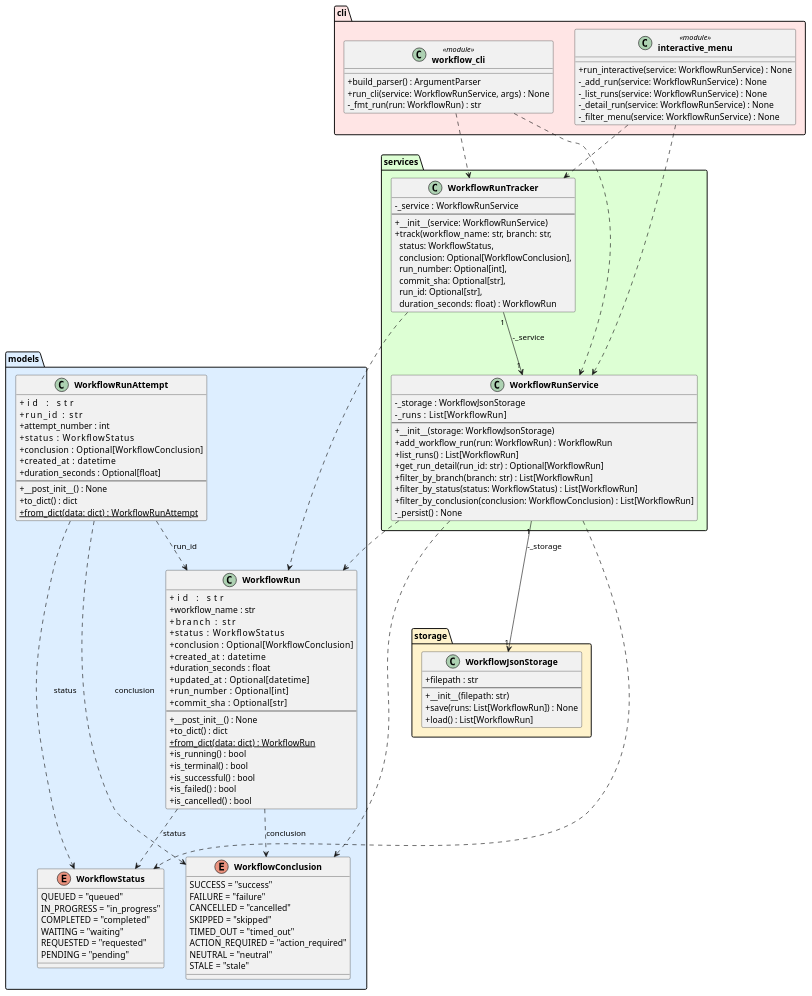
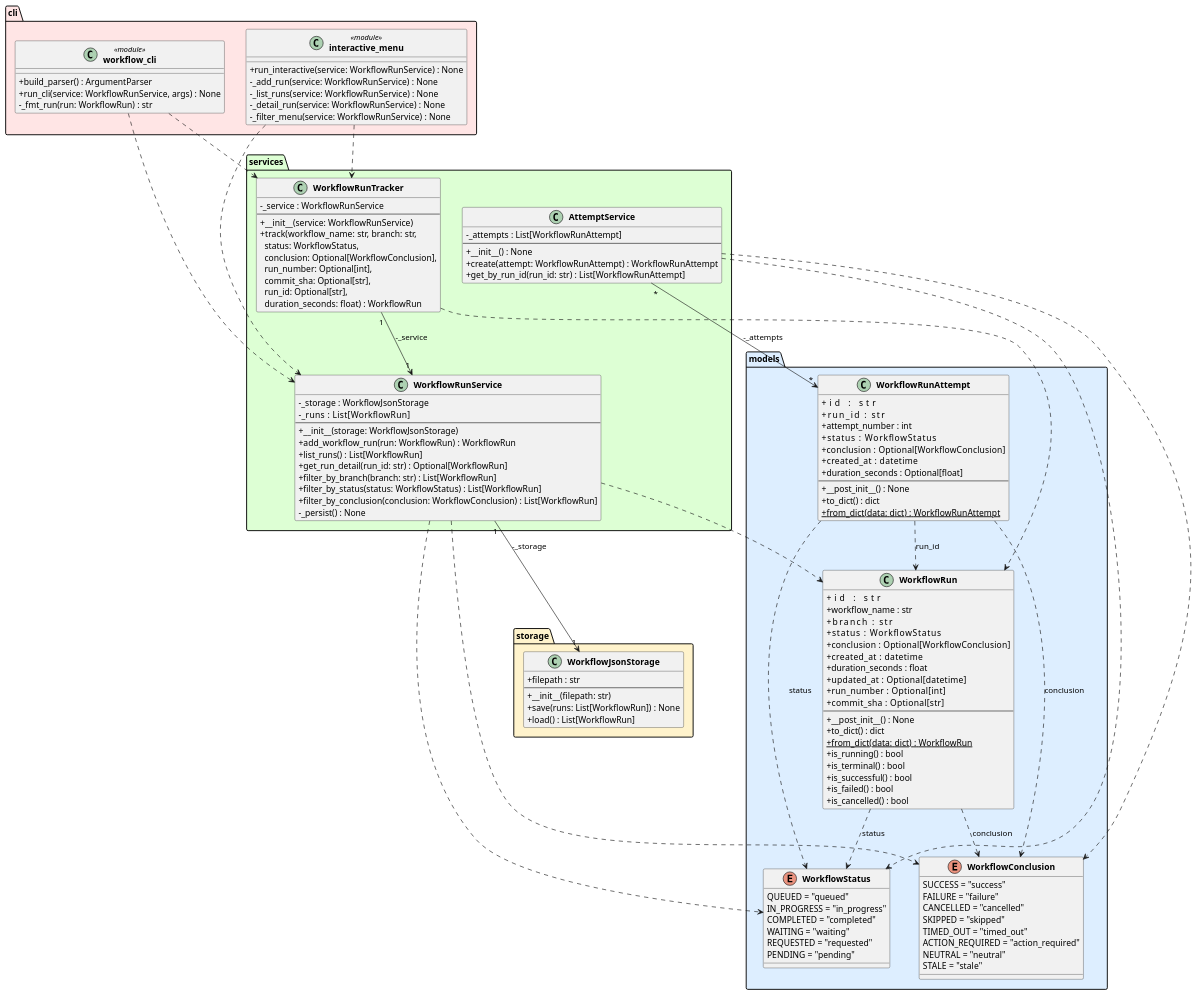
Before and after one commit to DanielRiha8906/Software_autoevolution_using_agents: the diagram in experiments/pipeline/test_driven/github-workflow-manager/artifacts/class_diagram.puml, drawn with PlantUML. The commit also changed 5 other files, not shown here.

```diff
--- a/experiments/pipeline/test_driven/github-workflow-manager/artifacts/class_diagram.puml
+++ b/experiments/pipeline/test_driven/github-workflow-manager/artifacts/class_diagram.puml
@@ -1,129 +1,140 @@
 @startuml class_diagram
 
 skinparam classAttributeIconSize 0
 skinparam classFontStyle bold
 
 package "models" #DDEEFF {
     enum WorkflowStatus {
         QUEUED = "queued"
         IN_PROGRESS = "in_progress"
         COMPLETED = "completed"
         WAITING = "waiting"
         REQUESTED = "requested"
         PENDING = "pending"
     }
 
     enum WorkflowConclusion {
         SUCCESS = "success"
         FAILURE = "failure"
         CANCELLED = "cancelled"
         SKIPPED = "skipped"
         TIMED_OUT = "timed_out"
         ACTION_REQUIRED = "action_required"
         NEUTRAL = "neutral"
         STALE = "stale"
     }
 
     class WorkflowRun {
         +id            : str
         +workflow_name : str
         +branch        : str
         +status        : WorkflowStatus
         +conclusion    : Optional[WorkflowConclusion]
         +created_at    : datetime
         +duration_seconds : float
         +updated_at    : Optional[datetime]
         +run_number    : Optional[int]
         +commit_sha    : Optional[str]
         --
         +__post_init__() : None
         +to_dict() : dict
         +{static} from_dict(data: dict) : WorkflowRun
         +is_running() : bool
         +is_terminal() : bool
         +is_successful() : bool
         +is_failed() : bool
         +is_cancelled() : bool
     }
 
     class WorkflowRunAttempt {
         +id            : str
         +run_id        : str
         +attempt_number : int
         +status        : WorkflowStatus
         +conclusion    : Optional[WorkflowConclusion]
         +created_at    : datetime
         +duration_seconds : Optional[float]
         --
         +__post_init__() : None
         +to_dict() : dict
         +{static} from_dict(data: dict) : WorkflowRunAttempt
     }
 }
 
 package "storage" #FFF3CC {
     class WorkflowJsonStorage {
         +filepath : str
         --
         +__init__(filepath: str)
         +save(runs: List[WorkflowRun]) : None
         +load() : List[WorkflowRun]
     }
 }
 
 package "services" #DDFFD4 {
     class WorkflowRunService {
         -_storage : WorkflowJsonStorage
         -_runs    : List[WorkflowRun]
         --
         +__init__(storage: WorkflowJsonStorage)
         +add_workflow_run(run: WorkflowRun) : WorkflowRun
         +list_runs() : List[WorkflowRun]
         +get_run_detail(run_id: str) : Optional[WorkflowRun]
         +filter_by_branch(branch: str) : List[WorkflowRun]
         +filter_by_status(status: WorkflowStatus) : List[WorkflowRun]
         +filter_by_conclusion(conclusion: WorkflowConclusion) : List[WorkflowRun]
         -_persist() : None
     }
 
+    class AttemptService {
+        -_attempts : List[WorkflowRunAttempt]
+        --
+        +__init__() : None
+        +create(attempt: WorkflowRunAttempt) : WorkflowRunAttempt
+        +get_by_run_id(run_id: str) : List[WorkflowRunAttempt]
+    }
+
     class WorkflowRunTracker {
         -_service : WorkflowRunService
         --
         +__init__(service: WorkflowRunService)
         +track(workflow_name: str, branch: str,\n  status: WorkflowStatus,\n  conclusion: Optional[WorkflowConclusion],\n  run_number: Optional[int],\n  commit_sha: Optional[str],\n  run_id: Optional[str],\n  duration_seconds: float) : WorkflowRun
     }
 }
 
 package "cli" #FFE5E5 {
     class "workflow_cli" <<module>> {
         +build_parser() : ArgumentParser
         +run_cli(service: WorkflowRunService, args) : None
         -_fmt_run(run: WorkflowRun) : str
     }
 
     class "interactive_menu" <<module>> {
         +run_interactive(service: WorkflowRunService) : None
         -_add_run(service: WorkflowRunService) : None
         -_list_runs(service: WorkflowRunService) : None
         -_detail_run(service: WorkflowRunService) : None
         -_filter_menu(service: WorkflowRunService) : None
     }
 }
 
 WorkflowRun                ..>  WorkflowStatus        : status
 WorkflowRun                ..>  WorkflowConclusion    : conclusion
 WorkflowRunAttempt         ..>  WorkflowRun           : run_id
 WorkflowRunAttempt         ..>  WorkflowStatus        : status
 WorkflowRunAttempt         ..>  WorkflowConclusion    : conclusion
 WorkflowRunService    "1" --> "1" WorkflowJsonStorage : -_storage
 WorkflowRunService         ..>  WorkflowRun
 WorkflowRunService         ..>  WorkflowStatus
 WorkflowRunService         ..>  WorkflowConclusion
+AttemptService       "*" --> "*" WorkflowRunAttempt   : -_attempts
+AttemptService             ..>  WorkflowStatus
+AttemptService             ..>  WorkflowConclusion
 WorkflowRunTracker    "1" --> "1" WorkflowRunService  : -_service
 WorkflowRunTracker         ..>  WorkflowRun
 "workflow_cli"             ..>  WorkflowRunService
 "workflow_cli"             ..>  WorkflowRunTracker
 "interactive_menu"         ..>  WorkflowRunService
 "interactive_menu"         ..>  WorkflowRunTracker
 
 @enduml
```
